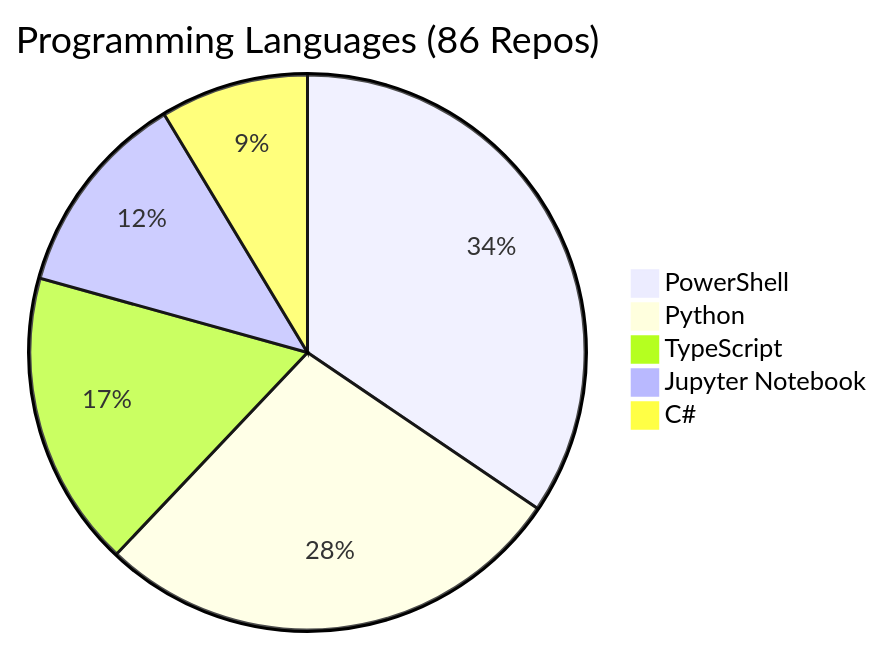
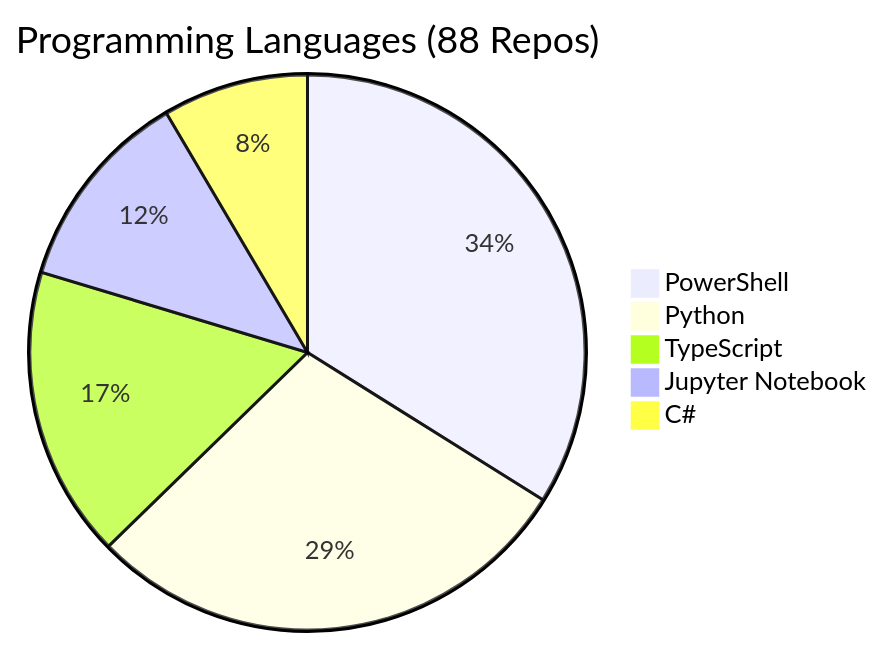
Before and after one commit to fabioc-aloha/fabioc-aloha: the diagram in REPOS.md, drawn with Mermaid. The commit also changed other lines of this file and 1 other file, not shown here.

````diff
--- a/REPOS.md
+++ b/REPOS.md
@@ -129,8 +131,8 @@
 ```mermaid
-pie title Programming Languages (86 Repos)
+pie title Programming Languages (88 Repos)
     "PowerShell" : 20
-    "Python" : 16
+    "Python" : 17
     "TypeScript" : 10
     "Jupyter Notebook" : 7
     "C#" : 5
 ```
````
